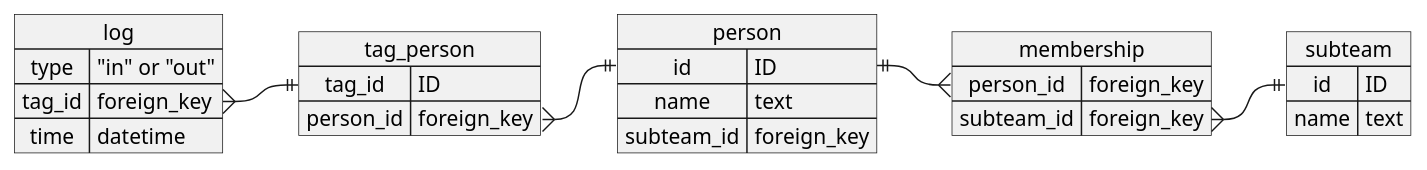
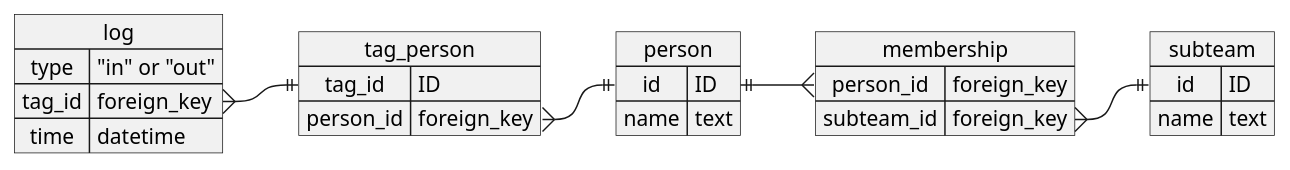
The diagram in schema.puml (jarkad/roboteam-door-tracker), drawn with PlantUML before and after one commit.

Commit message:
schema: remove a field left over from previous design

```diff
--- a/schema.puml
+++ b/schema.puml
@@ -1,37 +1,36 @@
 @startuml
 
 map log {
 	type => "in" or "out"
 	tag_id => foreign_key
 	time => datetime
 }
 
 map tag_person {
 	tag_id => ID
 	person_id => foreign_key
 }
 
 map person {
 	id => ID
 	name => text
-	subteam_id => foreign_key
 }
 
 map membership {
 	person_id => foreign_key
 	subteam_id => foreign_key
 }
 
 map subteam {
 	id => ID
 	name => text
 }
 
 log::tag_id           }-|| tag_person::tag_id
 tag_person::person_id }-|| person::id
 
 person::id ||-{ membership::person_id
 
 membership::subteam_id }-|| subteam::id
 
 @enduml
```
